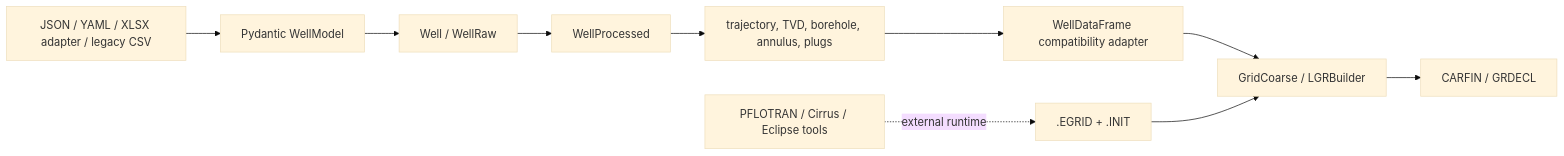
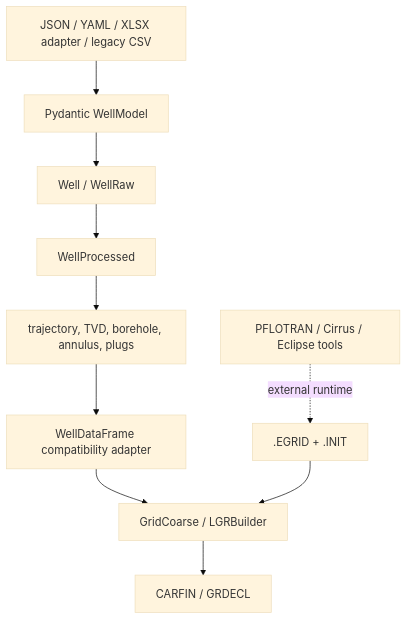
One commit to equinor/SCREEN changed the diagram in docs/architecture_manifesto.md. Above: the diagram before and after it, drawn with Mermaid (base theme).

Commit message:
#chore: improve mermaid layout in mk docs

````diff
--- a/docs/architecture_manifesto.md
+++ b/docs/architecture_manifesto.md
@@ -69,12 +69,12 @@
 ```mermaid
-flowchart LR
+flowchart TB
   Input[JSON / YAML / XLSX adapter / legacy CSV] --> Model[Pydantic WellModel]
     Model --> Raw[Well / WellRaw]
     Raw --> Processed[WellProcessed]
     Processed --> Derived[trajectory, TVD, borehole, annulus, plugs]
     Derived --> Adapter[WellDataFrame compatibility adapter]
     Adapter --> GaP[GridCoarse / LGRBuilder]
     GaP --> Carfin[CARFIN / GRDECL]
     Grid[.EGRID + .INIT] --> GaP
     Simulator[PFLOTRAN / Cirrus / Eclipse tools] -. external runtime .-> Grid
 ```
````
